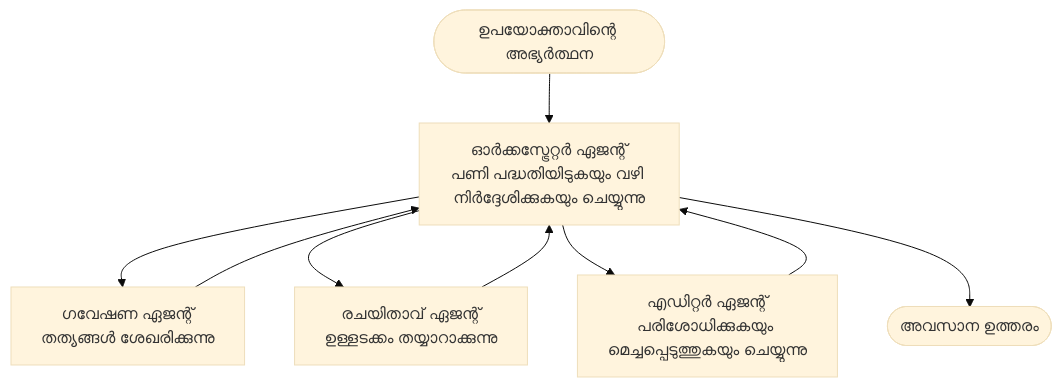
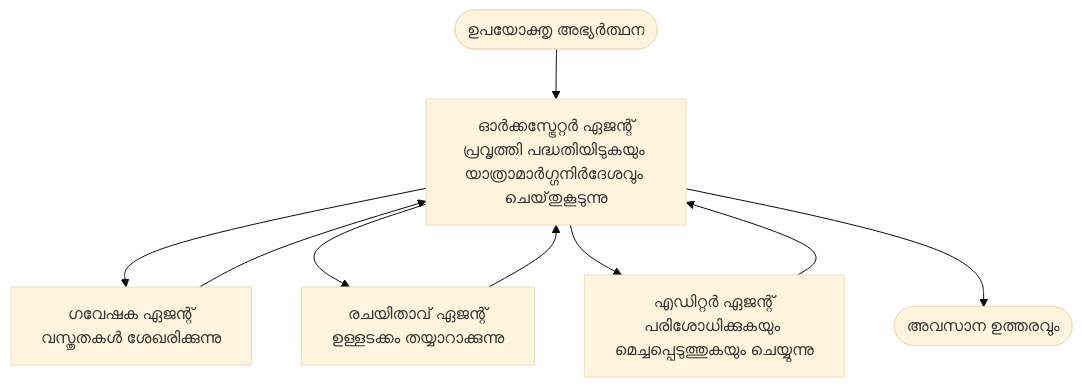
Before and after one commit to microsoft/AZD-for-beginners: the diagram in translations/ml/docs/chapter-05-multi-agent/multi-agent-basics.md, drawn with Mermaid (base theme). The commit also changed other lines of this file and 59 other files, not shown here.

````diff
--- a/translations/ml/docs/chapter-05-multi-agent/multi-agent-basics.md
+++ b/translations/ml/docs/chapter-05-multi-agent/multi-agent-basics.md
@@ -43,11 +43,11 @@
 ```mermaid
 graph TD
-    User([ഉപയോക്താവിന്റെ അഭ്യർത്ഥന]) --> Orchestrator[ഓർക്കസ്ട്രേറ്റർ ഏജന്റ്<br/>പണി പദ്ധതിയിടുകയും വഴി നിർദ്ദേശിക്കുകയും ചെയ്യുന്നു]
-    Orchestrator --> Researcher[ഗവേഷണ ഏജന്റ്<br/>തത്യങ്ങൾ ശേഖരിക്കുന്നു]
+    User([ഉപയോക്തൃ അഭ്യർത്ഥന]) --> Orchestrator[ഓർക്കസ്ട്രേറ്റർ ഏജന്റ്<br/>പ്രവൃത്തി പദ്ധതിയിടുകയും യാത്രാമാർഗ്ഗനിർദേശവും ചെയ്‌തുകൂടുന്നു]
+    Orchestrator --> Researcher[ഗവേഷക ഏജന്റ്<br/>വസ്തുതകൾ ശേഖരിക്കുന്നു]
     Orchestrator --> Writer[രചയിതാവ് ഏജന്റ്<br/>ഉള്ളടക്കം തയ്യാറാക്കുന്നു]
     Orchestrator --> Editor[എഡിറ്റർ ഏജന്റ്<br/>പരിശോധിക്കുകയും മെച്ചപ്പെടുത്തുകയും ചെയ്യുന്നു]
     Researcher --> Orchestrator
     Writer --> Orchestrator
     Editor --> Orchestrator
-    Orchestrator --> Result([അവസാന ഉത്തരം])
+    Orchestrator --> Result([അവസാന ഉത്തരവും])
 ```
````
